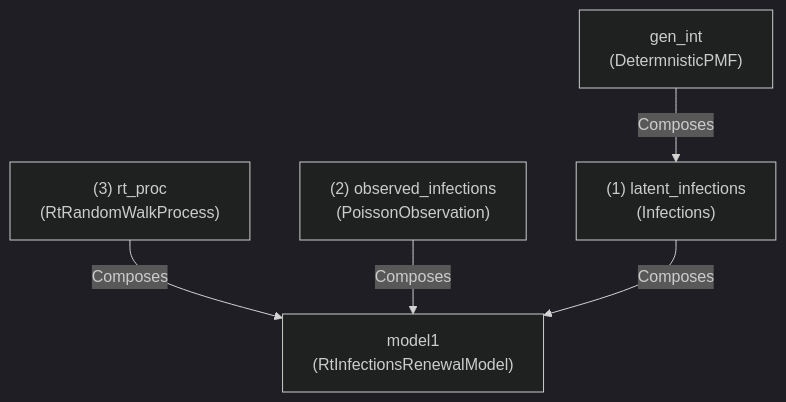
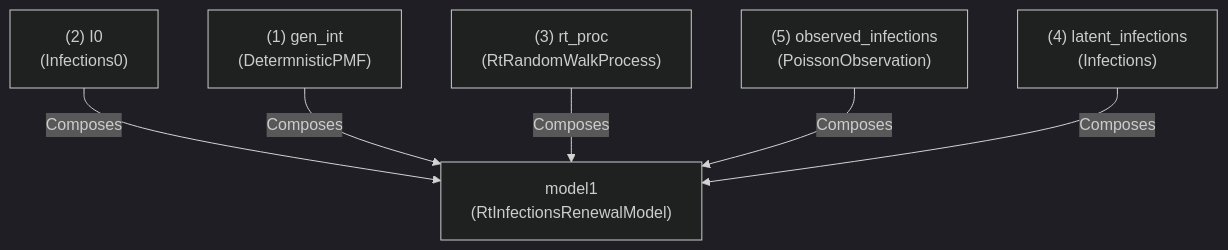
Before and after one commit to CDCgov/PyRenew: the first of 2 diagrams in model/docs/getting-started.qmd, drawn with Mermaid (dark theme). The commit also changed other lines of this file and 13 other files, not shown here.

````diff
--- a/model/docs/getting-started.qmd
+++ b/model/docs/getting-started.qmd
@@ -66,15 +67,17 @@
 ```{mermaid}
 %%| label: overview-of-RtInfectionsRenewalModel
 flowchart TB
-    genint["gen_int\n(DetermnisticPMF)"]
+    genint["(1) gen_int\n(DetermnisticPMF)"]
+    i0["(2) I0\n(Infections0)"]
     rt["(3) rt_proc\n(RtRandomWalkProcess)"]
-    obs["(2) observed_infections\n(PoissonObservation)"]
-    inf["(1) latent_infections\n(Infections)"]
+    inf["(4) latent_infections\n(Infections)"]
+    obs["(5) observed_infections\n(PoissonObservation)"]
 
     model1["model1\n(RtInfectionsRenewalModel)"]
 
-    genint-->|Composes|inf
+    i0-->|Composes|model1
+    genint-->|Composes|model1
     rt-->|Composes|model1
     obs-->|Composes|model1
     inf-->|Composes|model1
 ```
````
